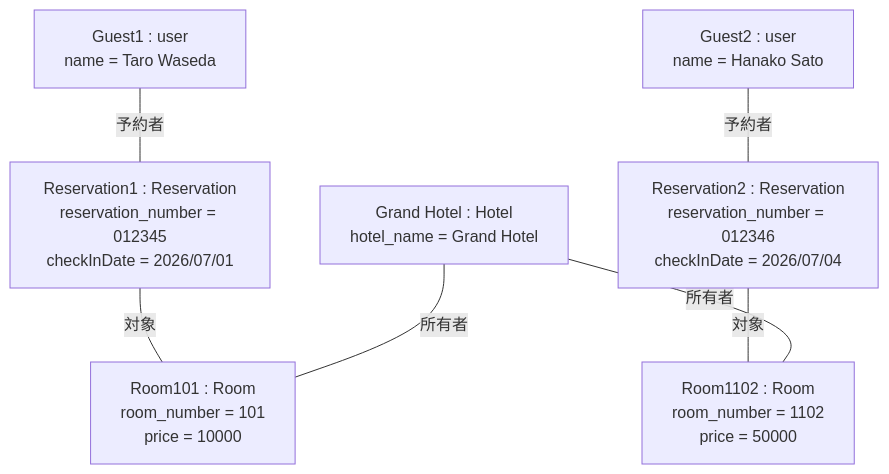
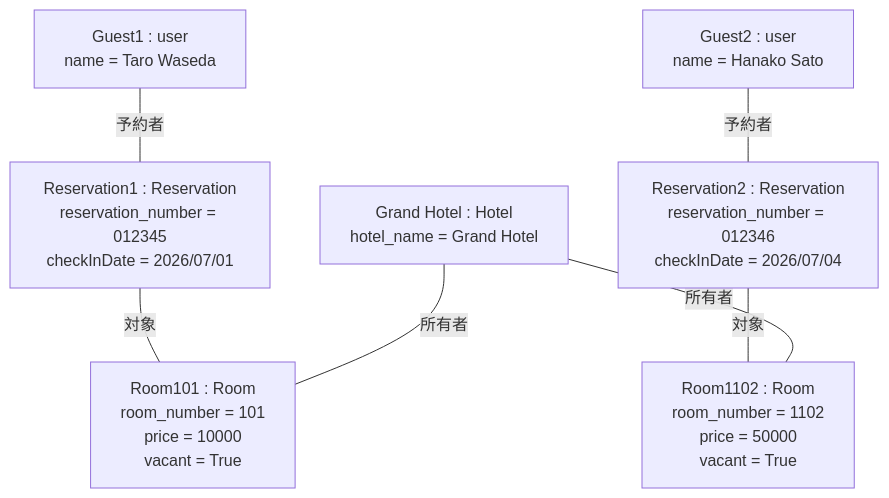
One commit to Kohki-tyl/HRS changed the second of 2 diagrams in Domain_Analysis.md. Above: the diagram before and after it, drawn with Mermaid. The commit also changed other lines of this file, not shown here.

````diff
--- a/Domain_Analysis.md
+++ b/Domain_Analysis.md
@@ -71,17 +75,17 @@
 ```mermaid
 flowchart TB
     H["Grand Hotel : Hotel<br/>hotel_name = Grand Hotel"]
     G1["Guest1 : user<br/>name = Taro Waseda"]
     G2["Guest2 : user<br/>name = Hanako Sato"]
     RV1["Reservation1 : Reservation<br/>reservation_number = 012345<br/>checkInDate = 2026/07/01"]
     RV2["Reservation2 : Reservation<br/>reservation_number = 012346<br/>checkInDate = 2026/07/04"]
-    R1["Room101 : Room<br/>room_number = 101<br/>price = 10000"]
-    R2["Room1102 : Room<br/>room_number = 1102<br/>price = 50000"]
+    R1["Room101 : Room<br/>room_number = 101<br/>price = 10000<br/>vacant = True"]
+    R2["Room1102 : Room<br/>room_number = 1102<br/>price = 50000<br/>vacant = True"]
 
     G1 ---|予約者| RV1
     G2 ---|予約者| RV2
     RV1 ---|対象| R1
     RV2 ---|対象| R2
     H ---|所有者| R1
     H ---|所有者| R2
 ```
````
